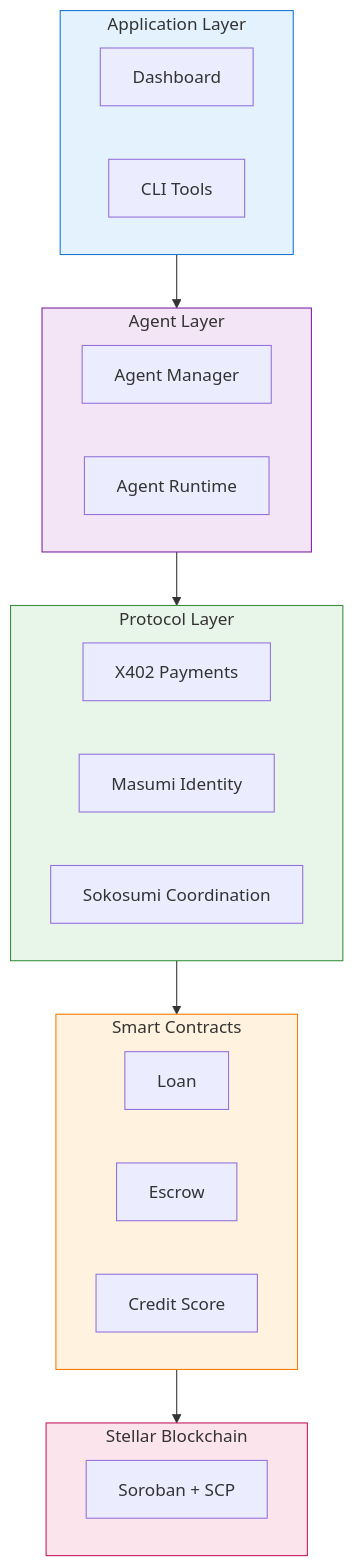
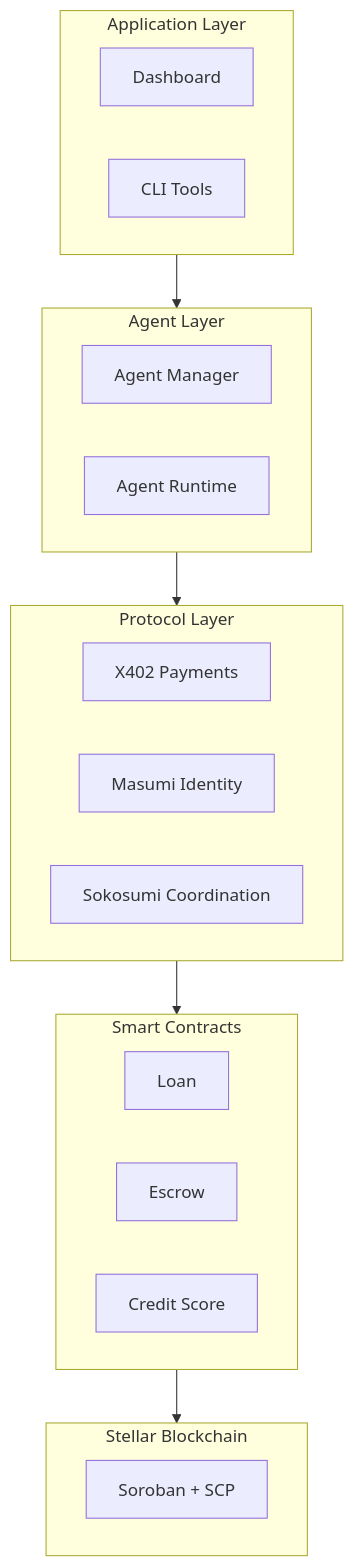
Before and after one commit to Dijo-404/Project_Cygnus: the first of 4 diagrams in README.md, drawn with Mermaid. The commit also changed other lines of this file, not shown here.

````diff
--- a/README.md
+++ b/README.md
@@ -32,39 +32,35 @@
 ```mermaid
 flowchart TB
     subgraph APP["Application Layer"]
         UI[Dashboard]
         CLI[CLI Tools]
     end
 
     subgraph AGENTS["Agent Layer"]
         AM[Agent Manager]
         AR[Agent Runtime]
     end
 
     subgraph PROTOCOLS["Protocol Layer"]
         X402[X402 Payments]
         MASUMI[Masumi Identity]
         SOKOSUMI[Sokosumi Coordination]
     end
 
     subgraph CONTRACTS["Smart Contracts"]
         LOAN[Loan]
         ESCROW[Escrow]
         CREDIT[Credit Score]
     end
 
     subgraph STELLAR["Stellar Blockchain"]
         SCP[Soroban + SCP]
     end
 
     APP --> AGENTS
     AGENTS --> PROTOCOLS
     PROTOCOLS --> CONTRACTS
     CONTRACTS --> STELLAR
 
-    style APP fill:#e3f2fd,stroke:#1976d2
-    style AGENTS fill:#f3e5f5,stroke:#7b1fa2
-    style PROTOCOLS fill:#e8f5e9,stroke:#388e3c
-    style CONTRACTS fill:#fff3e0,stroke:#f57c00
-    style STELLAR fill:#fce4ec,stroke:#c2185b
+
 ```
````
